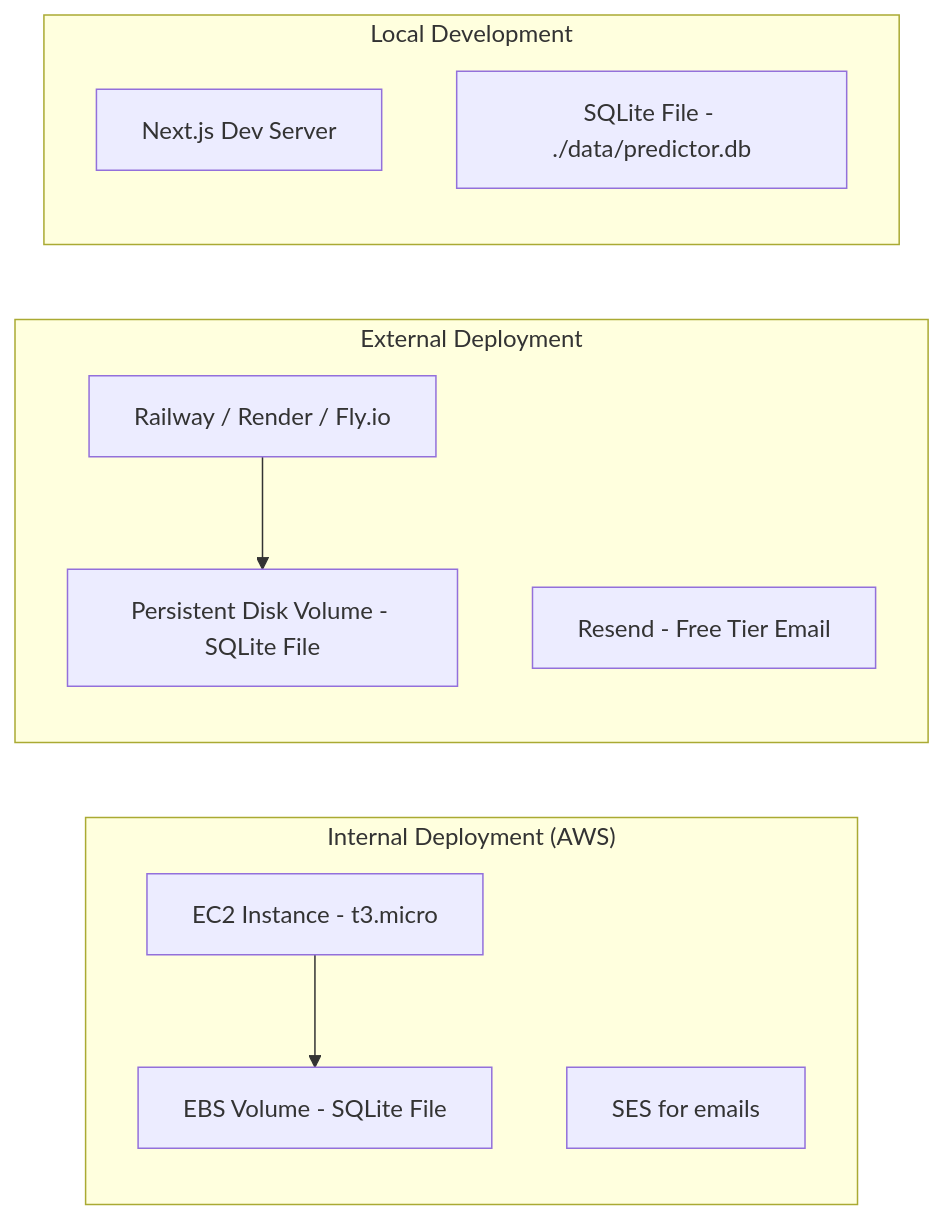
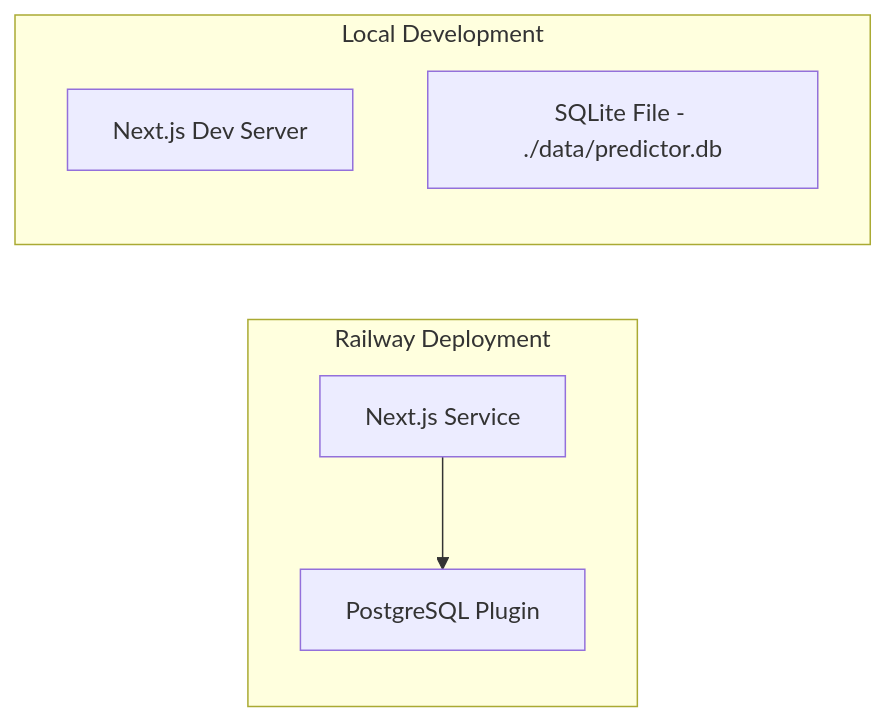
Before and after one commit to bernardmendonca/world-cup-predictor: the second of 2 diagrams in .kiro/specs/world-cup-predictor/design.md, drawn with Mermaid. The commit also changed other lines of this file and 12 other files, not shown here.

Commit message:
updated login flow

````diff
--- a/.kiro/specs/world-cup-predictor/design.md
+++ b/.kiro/specs/world-cup-predictor/design.md
@@ -67,21 +71,13 @@
 ```mermaid
 graph LR
-    subgraph Internal["Internal Deployment (AWS)"]
-        EC2[EC2 Instance - t3.micro]
-        EBS[EBS Volume - SQLite File]
-        SES[SES for emails]
-        EC2 --> EBS
-    end
-
-    subgraph External["External Deployment"]
-        Platform[Railway / Render / Fly.io]
-        PersistentDisk[Persistent Disk Volume - SQLite File]
-        Resend[Resend - Free Tier Email]
-        Platform --> PersistentDisk
+    subgraph Railway["Railway Deployment"]
+        Service[Next.js Service]
+        PG[PostgreSQL Plugin]
+        Service --> PG
     end
 
     subgraph Local["Local Development"]
         DevServer[Next.js Dev Server]
         LocalDB[SQLite File - ./data/predictor.db]
     end
 ```
````
